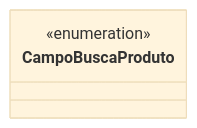
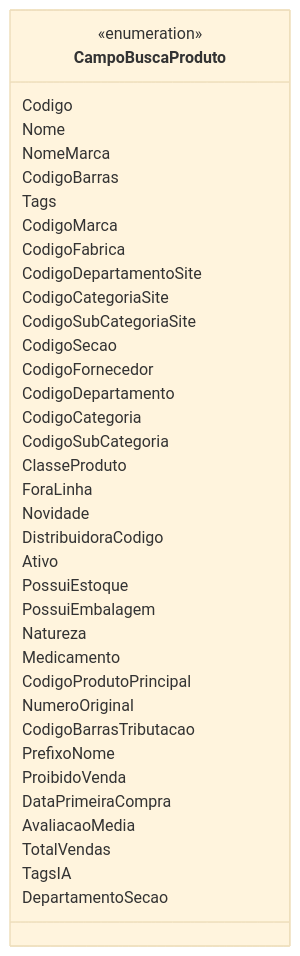
The diagram in docs/b2b-dominio/IsthmusWinthor.Nucleo/IsthmusWinthor.Dominio/Enumeradores/CampoBuscaProduto.md (IsthmusSistemas/documentacao-tecnica), drawn with Mermaid (base theme) before and after one commit. The commit also changed other lines of this file and 882 other files, not shown here.

````diff
--- a/docs/b2b-dominio/IsthmusWinthor.Nucleo/IsthmusWinthor.Dominio/Enumeradores/CampoBuscaProduto.md
+++ b/docs/b2b-dominio/IsthmusWinthor.Nucleo/IsthmusWinthor.Dominio/Enumeradores/CampoBuscaProduto.md
@@ -12,6 +12,40 @@
 ```mermaid
 classDiagram
     class CampoBuscaProduto {
         <<enumeration>>
+        Codigo
+        Nome
+        NomeMarca
+        CodigoBarras
+        Tags
+        CodigoMarca
+        CodigoFabrica
+        CodigoDepartamentoSite
+        CodigoCategoriaSite
+        CodigoSubCategoriaSite
+        CodigoSecao
+        CodigoFornecedor
+        CodigoDepartamento
+        CodigoCategoria
+        CodigoSubCategoria
+        ClasseProduto
+        ForaLinha
+        Novidade
+        DistribuidoraCodigo
+        Ativo
+        PossuiEstoque
+        PossuiEmbalagem
+        Natureza
+        Medicamento
+        CodigoProdutoPrincipal
+        NumeroOriginal
+        CodigoBarrasTributacao
+        PrefixoNome
+        ProibidoVenda
+        DataPrimeiraCompra
+        AvaliacaoMedia
+        TotalVendas
+        TagsIA
+        DepartamentoSecao
     }
 ```
````
